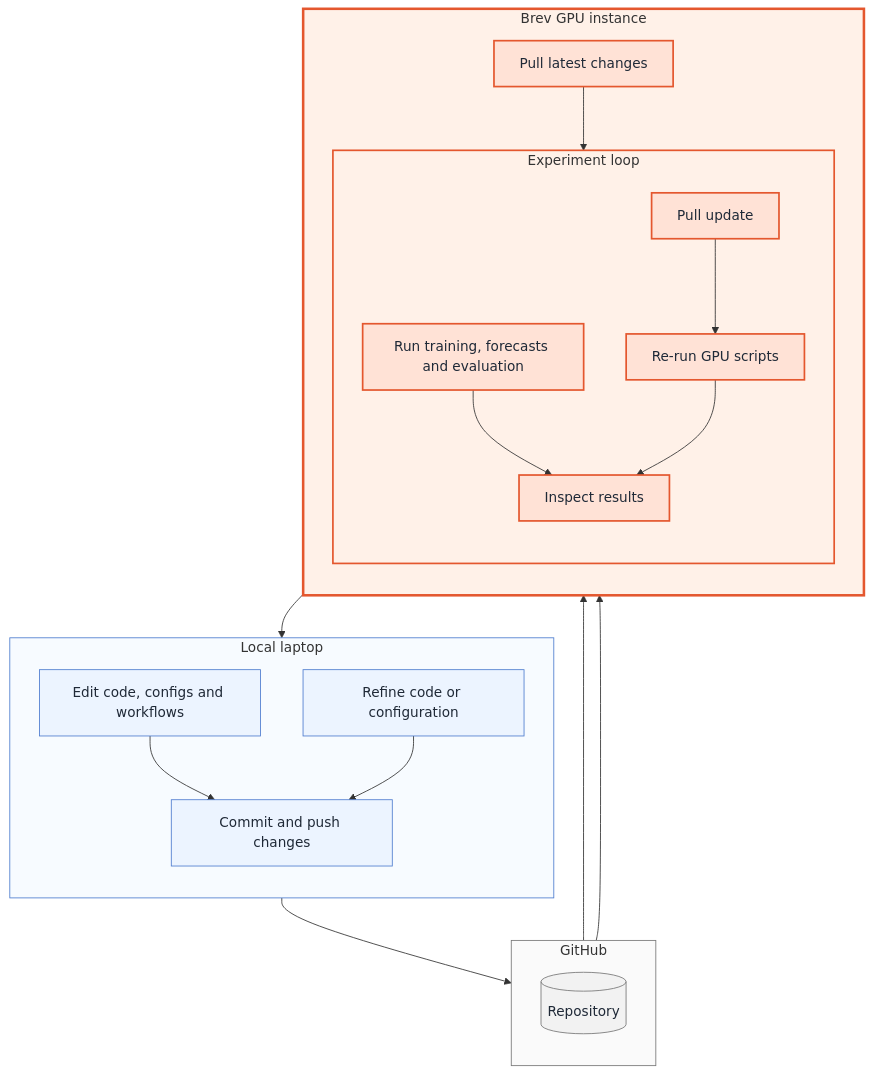
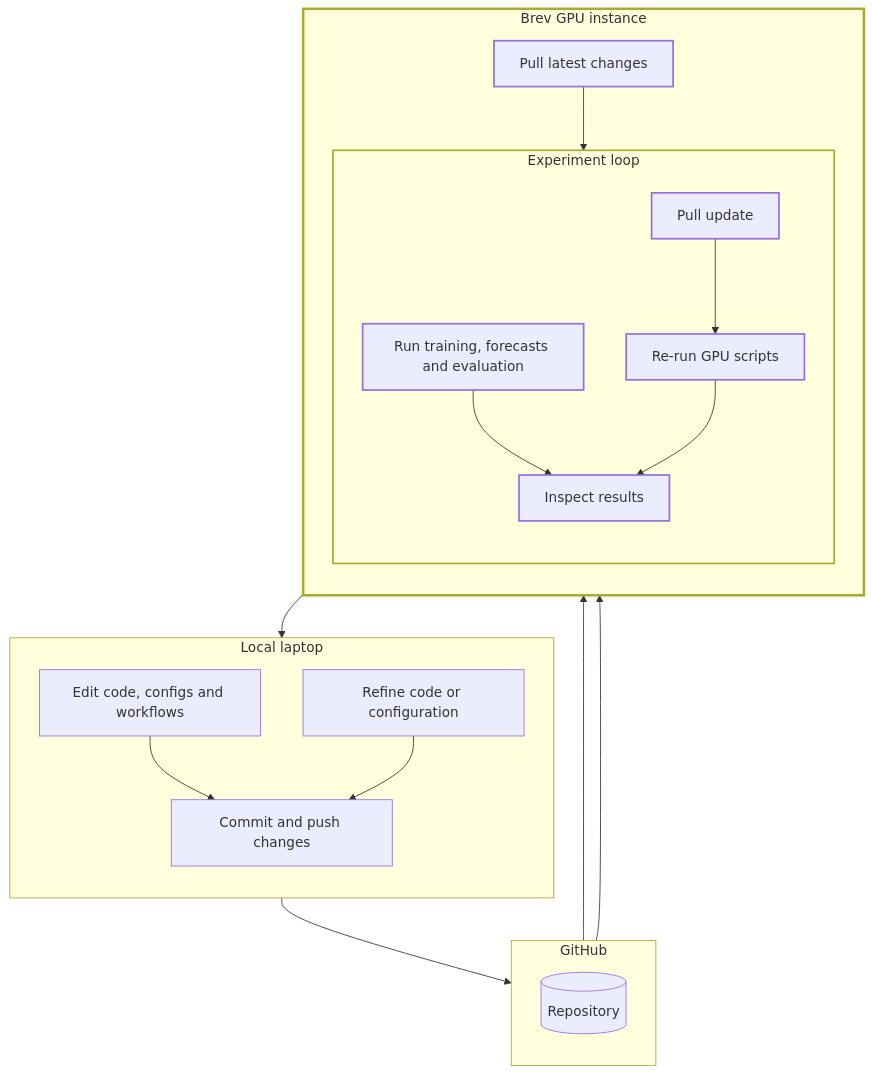
One commit to martibosch/martibosch.github.io changed the second of 3 diagrams in _posts/2026-05-08-ci2026-good-practices.md. Above: the diagram before and after it, drawn with Mermaid. The commit also changed other lines of this file and 21 other files, not shown here.

Commit message:
feat: added auto dark/light theme; update mermaid styles

````diff
--- a/_posts/2026-05-08-ci2026-good-practices.md
+++ b/_posts/2026-05-08-ci2026-good-practices.md
@@ -179,42 +179,42 @@
 ```mermaid
 flowchart TB
     subgraph Local["Local laptop"]
         direction TB
         local_edit["Edit code, configs and workflows"]
         local_push["Commit and push changes"]
         local_refine["Refine code or configuration"]
     end
 
     subgraph GitHub["GitHub"]
         direction TB
         github_repo[("Repository")]
     end
 
     subgraph Brev["Brev GPU instance"]
         direction TB
         brev_pull["Pull latest changes"]
         subgraph BrevLoop["Experiment loop"]
             direction TB
             brev_run["Run training, forecasts and evaluation"]
             brev_inspect["Inspect results"]
             brev_update["Pull update"]
             brev_rerun["Re-run GPU scripts"]
         end
     end
 
     local_edit --> local_push --> github_repo --> brev_pull
     brev_pull --> brev_run --> brev_inspect --> local_refine
     local_refine --> local_push
     github_repo --> brev_update --> brev_rerun --> brev_inspect
 
-    classDef local fill:#ecf4ff,stroke:#4f7dcf,color:#1f2937;
-    classDef github fill:#f2f2f2,stroke:#777,color:#1f2937;
-    classDef gpu fill:#ffe2d6,stroke:#e4572e,stroke-width:2px,color:#1f2937;
+    classDef local fill:$TASK_FILL,stroke:$TASK_STROKE,color:$NODE_TEXT;
+    classDef github fill:$TARGET_FILL,stroke:$TARGET_STROKE,color:$NODE_TEXT;
+    classDef gpu fill:$GPU_FILL,stroke:$GPU_STROKE,stroke-width:2px,color:$NODE_TEXT;
     class local_edit,local_push,local_refine local;
     class github_repo github;
     class brev_pull,brev_run,brev_inspect,brev_update,brev_rerun gpu;
-    style Local fill:#f7fbff,stroke:#4f7dcf
-    style GitHub fill:#fafafa,stroke:#777
-    style Brev fill:#fff1e8,stroke:#e4572e,stroke-width:3px
-    style BrevLoop fill:#fff1e8,stroke:#e4572e,stroke-width:2px
+    style Local fill:$SUB_TASK_FILL,stroke:$SUB_TASK_STROKE
+    style GitHub fill:$SUB_NEUTRAL_FILL,stroke:$SUB_NEUTRAL_STROKE
+    style Brev fill:$SUB_GPU_FILL,stroke:$SUB_GPU_STROKE,stroke-width:3px
+    style BrevLoop fill:$SUB_GPU_FILL,stroke:$SUB_GPU_STROKE,stroke-width:2px
 ```
````
